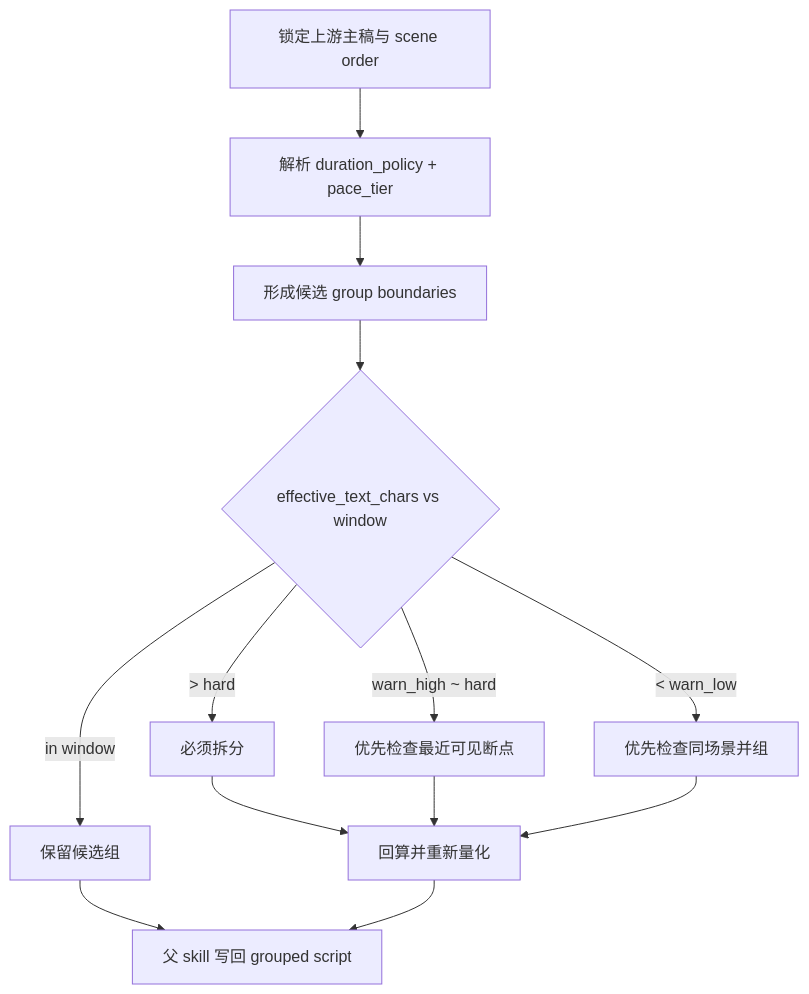
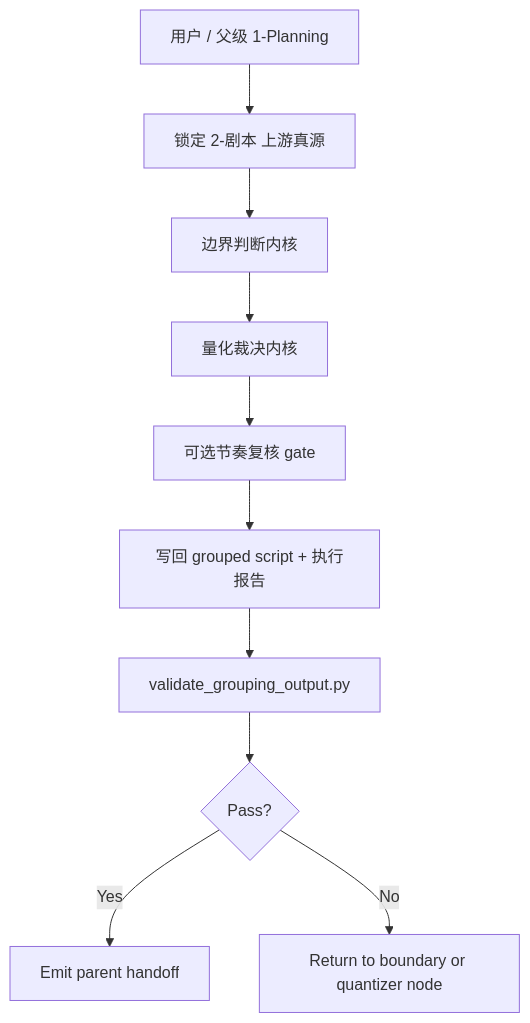
Before and after one commit to ZEN-VOID/AI-CUT: the first of 3 diagrams in .agents/skills/aigc/1-Planning/3-分组/SKILL.md, drawn with Mermaid. The commit also changed other lines of this file and 182 other files, not shown here.

````diff
--- a/.agents/skills/aigc/1-Planning/3-分组/SKILL.md
+++ b/.agents/skills/aigc/1-Planning/3-分组/SKILL.md
@@ -80,15 +51,12 @@
 ```mermaid
 flowchart TD
-    A["锁定上游主稿与 scene order"] --> B["解析 duration_policy + pace_tier"]
-    B --> C["形成候选 group boundaries"]
-    C --> D{"effective_text_chars vs window"}
-    D -->|" > hard "| E["必须拆分"]
-    D -->|" warn_high ~ hard "| F["优先检查最近可见断点"]
-    D -->|" < warn_low "| G["优先检查同场景并组"]
-    D -->|" in window "| H["保留候选组"]
-    E --> I["回算并重新量化"]
-    F --> I
-    G --> I
-    H --> J["父 skill 写回 grouped script"]
-    I --> J
+    U["用户 / 父级 1-Planning"] --> A["锁定 2-剧本 上游真源"]
+    A --> B["边界判断内核"]
+    B --> C["量化裁决内核"]
+    C --> D["可选节奏复核 gate"]
+    D --> E["写回 grouped script + 执行报告"]
+    E --> F["validate_grouping_output.py"]
+    F --> G{"Pass?"}
+    G -->|"Yes"| H["Emit parent handoff"]
+    G -->|"No"| I["Return to boundary or quantizer node"]
 ```
````
